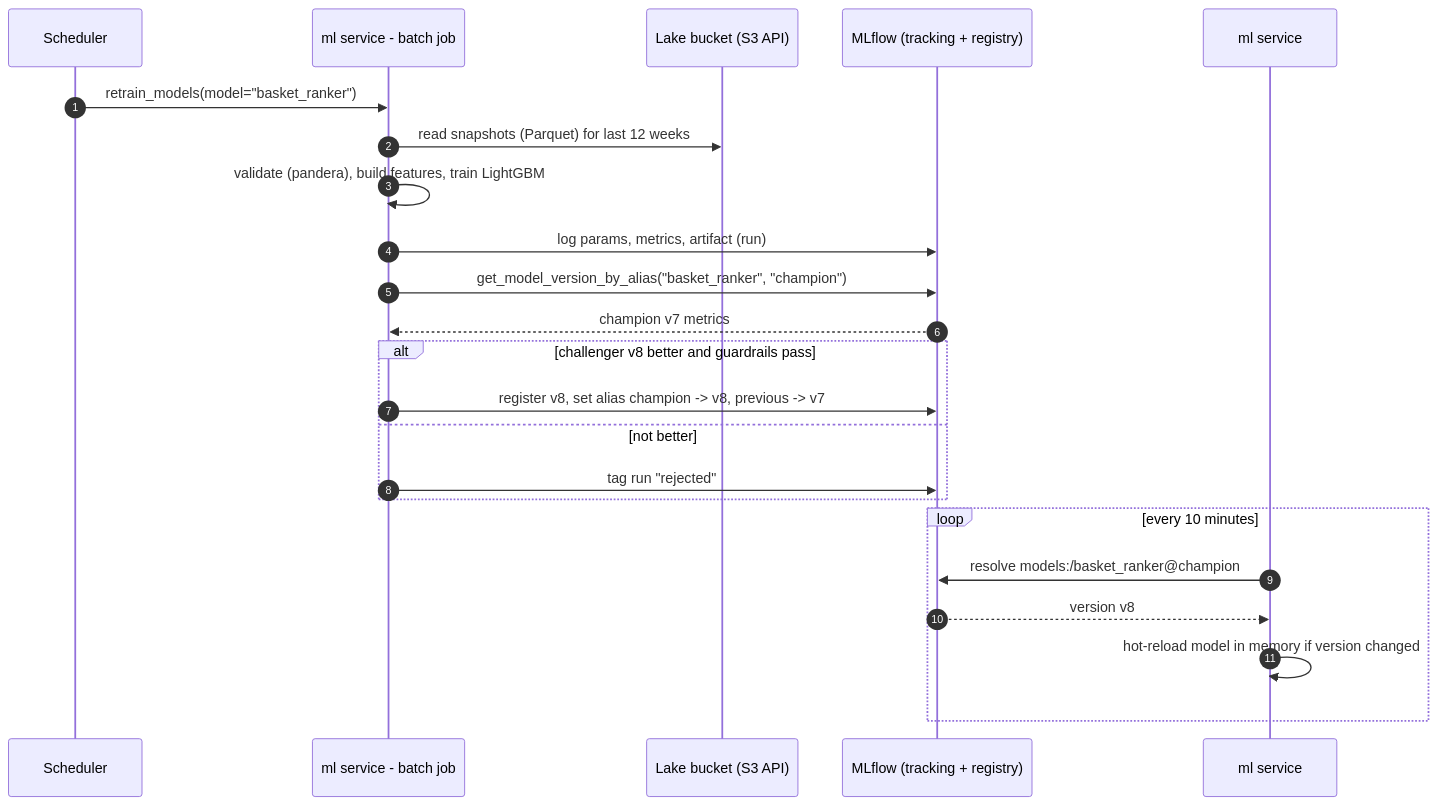
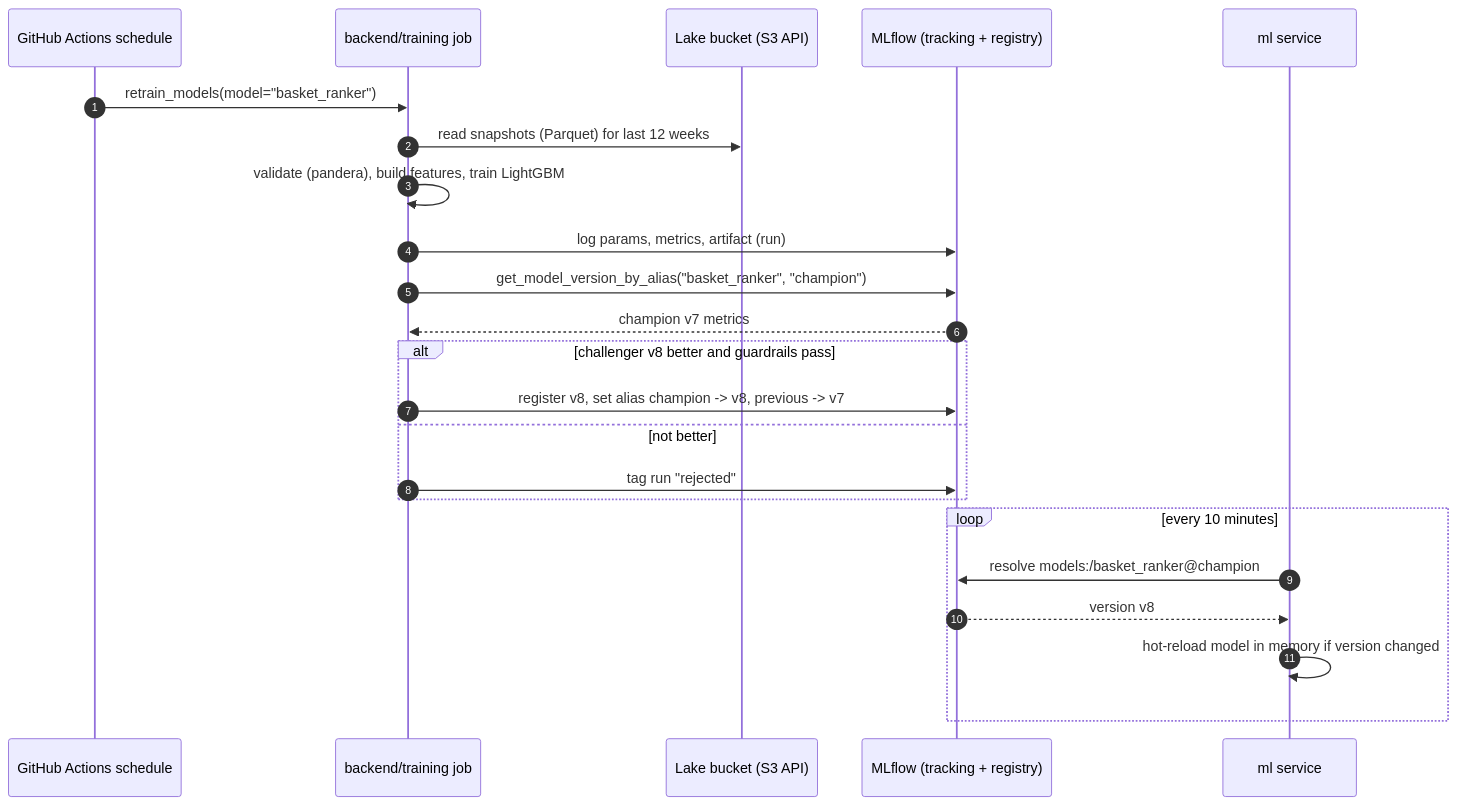
Before and after one commit to prelekar7/GharBasket: the third of 4 diagrams in docs/handbook/08-ai-and-ml.md, drawn with Mermaid. The commit also changed other lines of this file and 16 other files, not shown here.

````diff
--- a/docs/handbook/08-ai-and-ml.md
+++ b/docs/handbook/08-ai-and-ml.md
@@ -74,25 +74,25 @@
 ```mermaid
 sequenceDiagram
     autonumber
-    participant SCH as Scheduler
-    participant MW as ml service - batch job
+    participant SCH as GitHub Actions schedule
+    participant MW as backend/training job
     participant S3 as Lake bucket (S3 API)
     participant MLF as MLflow (tracking + registry)
     participant ML as ml service
     SCH->>MW: retrain_models(model="basket_ranker")
     MW->>S3: read snapshots (Parquet) for last 12 weeks
     MW->>MW: validate (pandera), build features, train LightGBM
     MW->>MLF: log params, metrics, artifact (run)
     MW->>MLF: get_model_version_by_alias("basket_ranker", "champion")
     MLF-->>MW: champion v7 metrics
     alt challenger v8 better and guardrails pass
         MW->>MLF: register v8, set alias champion -> v8, previous -> v7
     else not better
         MW->>MLF: tag run "rejected"
     end
     loop every 10 minutes
         ML->>MLF: resolve models:/basket_ranker@champion
         MLF-->>ML: version v8
         ML->>ML: hot-reload model in memory if version changed
     end
 ```
````
